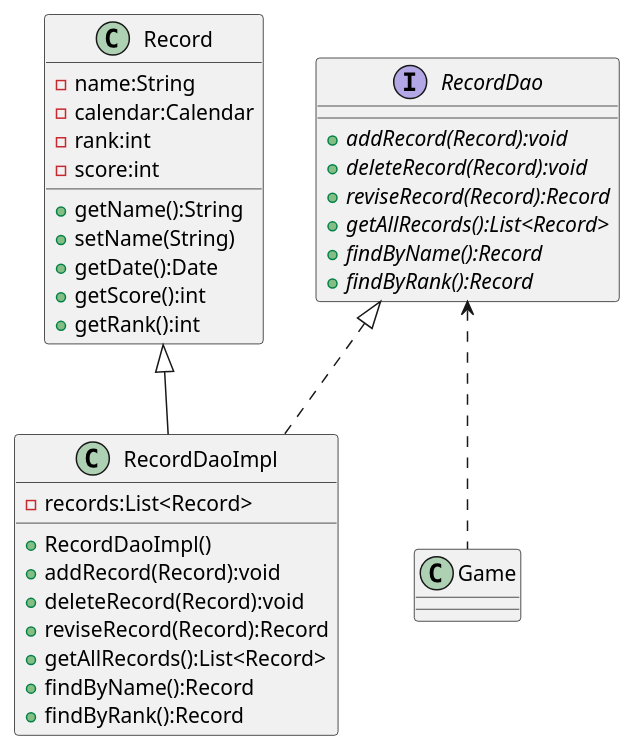
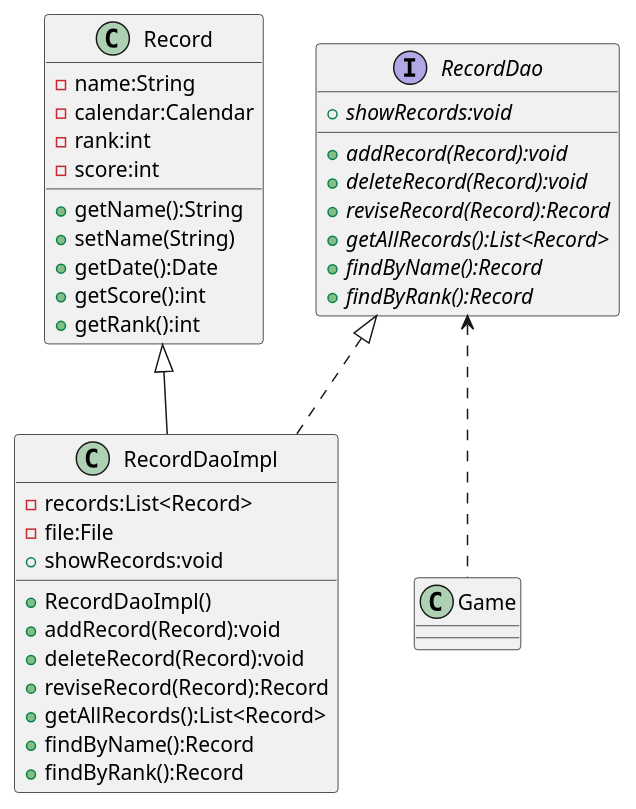
Before and after one commit to yfyzxyzsq/AircraftWar-base: the diagram in uml/DAO.puml, drawn with PlantUML. The commit also changed 16 other files, not shown here.

```diff
--- a/uml/DAO.puml
+++ b/uml/DAO.puml
@@ -1,46 +1,49 @@
 @startuml
 'https://plantuml.com/class-diagram
 
 interface RecordDao
 class RecordDaoImpl
 class Record
 class Game
 
 RecordDao <|.. RecordDaoImpl
 RecordDao <..Game
 Record <|-- RecordDaoImpl
 
 interface RecordDao{
     +{abstract}addRecord(Record):void
     +{abstract}deleteRecord(Record):void
     +{abstract}reviseRecord(Record):Record
     +{abstract}getAllRecords():List<Record>
     +{abstract}findByName():Record
     +{abstract}findByRank():Record
+    +{abstract}showRecords:void
 
 }
 
 class RecordDaoImpl{
     -records:List<Record>
+    -file:File
     +RecordDaoImpl()
     +addRecord(Record):void
     +deleteRecord(Record):void
     +reviseRecord(Record):Record
     +getAllRecords():List<Record>
     +findByName():Record
     +findByRank():Record
+    +showRecords:void
 }
 
 class Record{
     -name:String
     -calendar:Calendar
     -rank:int
     -score:int
     +getName():String
     +setName(String)
     +getDate():Date
     +getScore():int
     +getRank():int
 }
 
 @enduml
```
